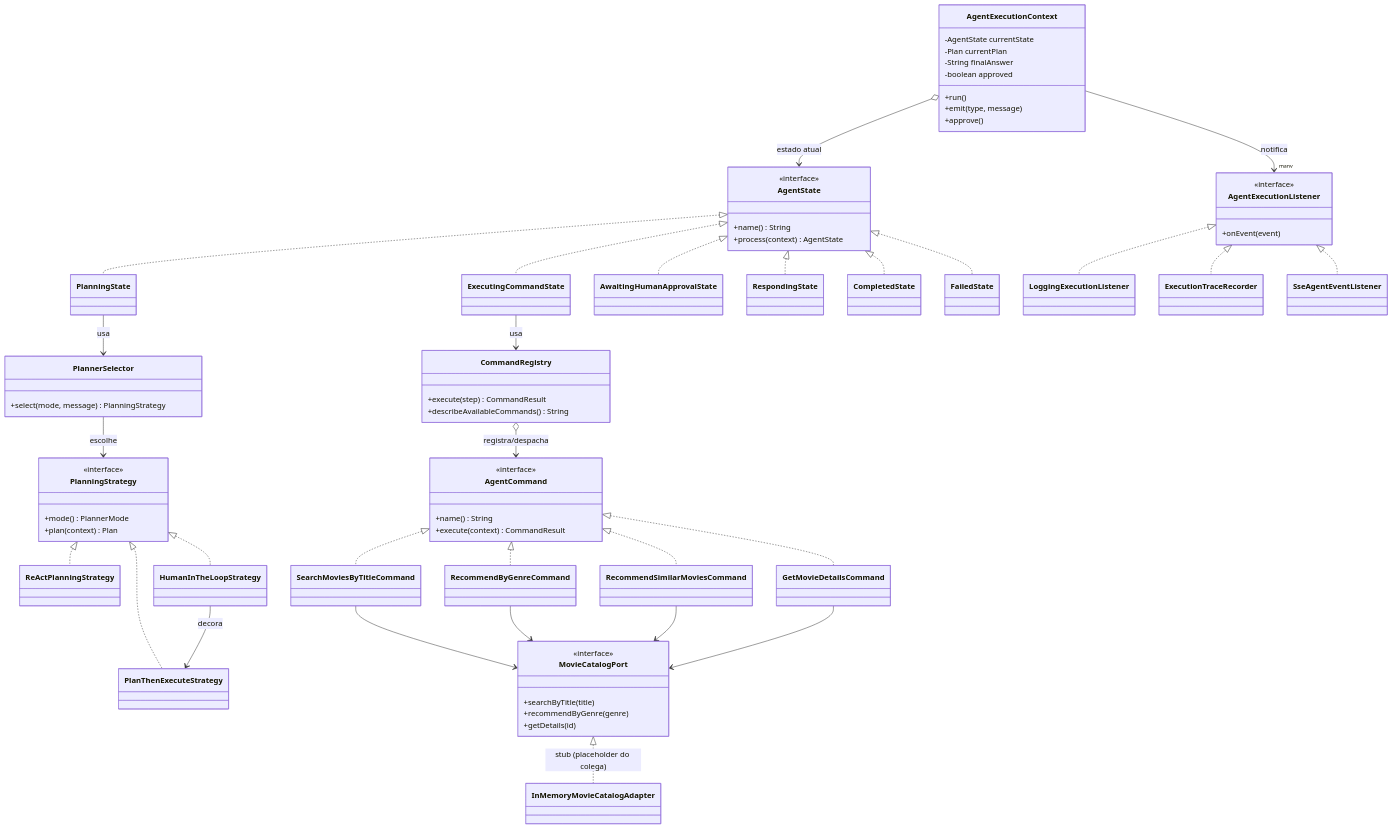
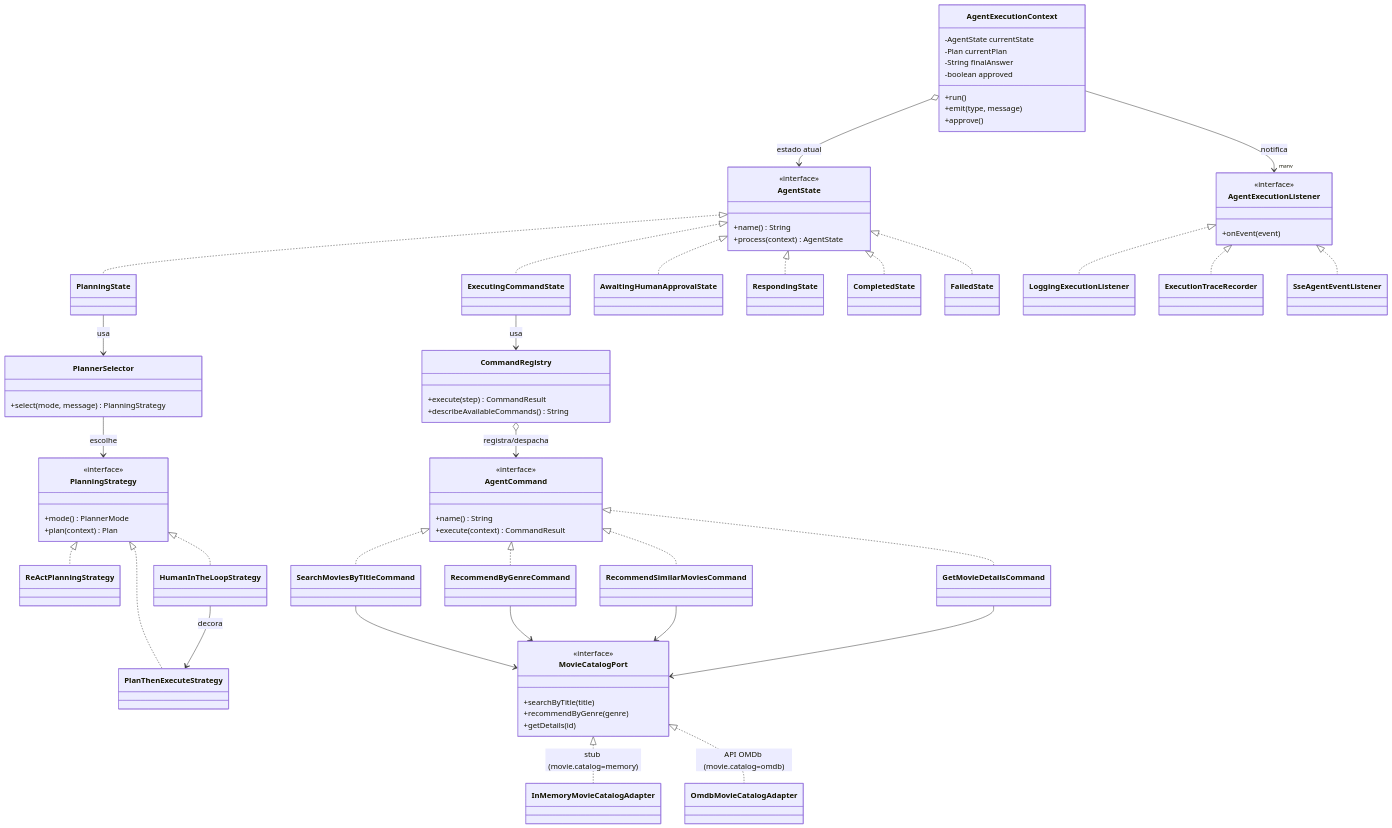
The first of 4 diagrams in docs/ARCHITECTURE.md (Padroes-de-Projeto-Fatec-04-2026/FindMoviesAI), drawn with Mermaid before and after one commit. The commit also changed other lines of this file and 16 other files, not shown here.

First line of the commit message:
Integra catálogo de filmes com a API OMDb

```diff
--- a/docs/ARCHITECTURE.md
+++ b/docs/ARCHITECTURE.md
@@ -135,8 +135,10 @@
         +getDetails(id)
     }
     class InMemoryMovieCatalogAdapter
+    class OmdbMovieCatalogAdapter
 
-    MovieCatalogPort <|.. InMemoryMovieCatalogAdapter : stub (placeholder do colega)
+    MovieCatalogPort <|.. InMemoryMovieCatalogAdapter : stub (movie.catalog=memory)
+    MovieCatalogPort <|.. OmdbMovieCatalogAdapter : API OMDb (movie.catalog=omdb)
     SearchMoviesByTitleCommand --> MovieCatalogPort
     RecommendByGenreCommand --> MovieCatalogPort
     RecommendSimilarMoviesCommand --> MovieCatalogPort
```
